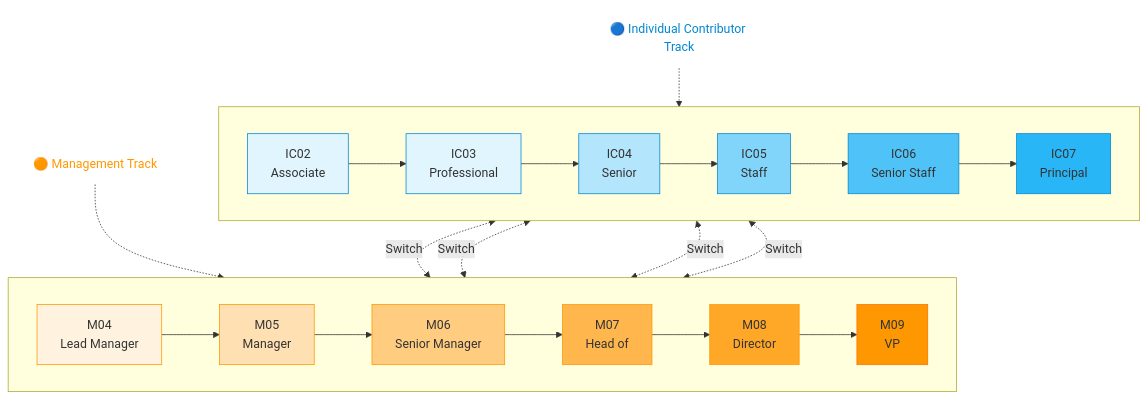
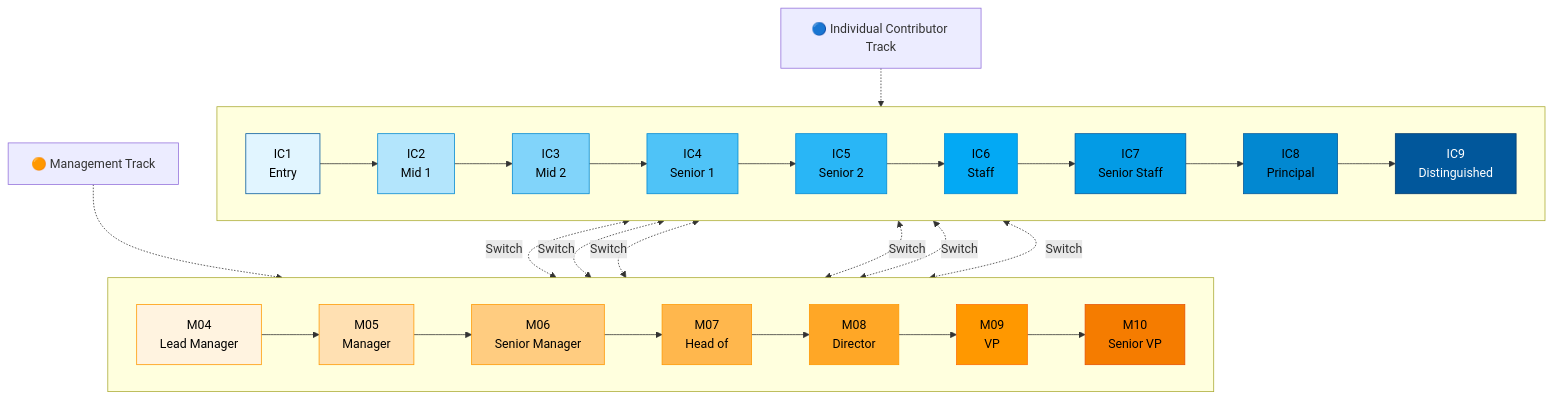
Before and after one commit to ultralytics/handbook: the diagram in docs/en/people/careers/index.md, drawn with Mermaid. The commit also changed other lines of this file and 5 other files, not shown here.

````diff
--- a/docs/en/people/careers/index.md
+++ b/docs/en/people/careers/index.md
@@ -21,46 +21,70 @@
 ```mermaid
-graph TB
+flowchart TB
     IC_TITLE["🔵 Individual Contributor Track"]
     MGMT_TITLE["🟠 Management Track"]
 
     subgraph IC [" "]
         direction LR
-        IC02[IC02<br/>Associate] --> IC03[IC03<br/>Professional]
-        IC03 --> IC04[IC04<br/>Senior]
-        IC04 --> IC05[IC05<br/>Staff]
-        IC05 --> IC06[IC06<br/>Senior Staff]
-        IC06 --> IC07[IC07<br/>Principal]
+        IC1["IC1<br/>Entry"] --> IC2["IC2<br/>Mid 1"]
+        IC2 --> IC3["IC3<br/>Mid 2"]
+        IC3 --> IC4["IC4<br/>Senior 1"]
+        IC4 --> IC5["IC5<br/>Senior 2"]
+        IC5 --> IC6["IC6<br/>Staff"]
+        IC6 --> IC7["IC7<br/>Senior Staff"]
+        IC7 --> IC8["IC8<br/>Principal"]
+        IC8 --> IC9["IC9<br/>Distinguished"]
     end
 
     subgraph MGMT [" "]
         direction LR
-        M04[M04<br/>Lead Manager] --> M05[M05<br/>Manager]
-        M05 --> M06[M06<br/>Senior Manager]
-        M06 --> M07[M07<br/>Head of]
-        M07 --> M08[M08<br/>Director]
-        M08 --> M09[M09<br/>VP]
+        M04["M04<br/>Lead Manager"] --> M05["M05<br/>Manager"]
+        M05 --> M06["M06<br/>Senior Manager"]
+        M06 --> M07["M07<br/>Head of"]
+        M07 --> M08["M08<br/>Director"]
+        M08 --> M09["M09<br/>VP"]
+        M09 --> M10["M10<br/>Senior VP"]
     end
 
     IC_TITLE -.-> IC
     MGMT_TITLE -.-> MGMT
 
-    IC04 <-.->|Switch| M04
-    IC05 <-.->|Switch| M04
-    IC05 <-.->|Switch| M05
-    IC06 <-.->|Switch| M05
+    IC4 <-.->|Switch| M04
+    IC5 <-.->|Switch| M04
+    IC5 <-.->|Switch| M05
+    IC6 <-.->|Switch| M05
+    IC6 <-.->|Switch| M06
+    IC7 <-.->|Switch| M06
 
-    style IC_TITLE fill:none,stroke:none,color:#0288d1
-    style MGMT_TITLE fill:none,stroke:none,color:#ff9800
-    style IC02 fill:#e1f5ff,stroke:#0288d1
-    style IC03 fill:#e1f5ff,stroke:#0288d1
-    style IC04 fill:#b3e5fc,stroke:#0288d1
-    style IC05 fill:#81d4fa,stroke:#0288d1
-    style IC06 fill:#4fc3f7,stroke:#0288d1
-    style IC07 fill:#29b6f6,stroke:#0288d1
-    style M04 fill:#fff3e0,stroke:#ff9800
-    style M05 fill:#ffe0b2,stroke:#ff9800
-    style M06 fill:#ffcc80,stroke:#ff9800
-    style M07 fill:#ffb74d,stroke:#ff9800
-    style M08 fill:#ffa726,stroke:#ff9800
-    style M09 fill:#ff9800,stroke:#ff6f00
+    classDef ic1 fill:#e1f5ff,stroke:#01579b,color:#000;
+    classDef ic2 fill:#b3e5fc,stroke:#0288d1,color:#000;
+    classDef ic3 fill:#81d4fa,stroke:#0288d1,color:#000;
+    classDef ic4 fill:#4fc3f7,stroke:#0288d1,color:#000;
+    classDef ic5 fill:#29b6f6,stroke:#0288d1,color:#000;
+    classDef ic6 fill:#03a9f4,stroke:#0288d1,color:#000;
+    classDef ic7 fill:#039be5,stroke:#01579b,color:#000;
+    classDef ic8 fill:#0288d1,stroke:#01579b,color:#000;
+    classDef ic9 fill:#01579b,stroke:#013b70,color:#fff;
+    classDef m04 fill:#fff3e0,stroke:#ff9800,color:#000;
+    classDef m05 fill:#ffe0b2,stroke:#ff9800,color:#000;
+    classDef m06 fill:#ffcc80,stroke:#ff9800,color:#000;
+    classDef m07 fill:#ffb74d,stroke:#ff9800,color:#000;
+    classDef m08 fill:#ffa726,stroke:#ff9800,color:#000;
+    classDef m09 fill:#ff9800,stroke:#ff6f00,color:#000;
+    classDef m10 fill:#f57c00,stroke:#e65100,color:#000;
+    class IC1 ic1;
+    class IC2 ic2;
+    class IC3 ic3;
+    class IC4 ic4;
+    class IC5 ic5;
+    class IC6 ic6;
+    class IC7 ic7;
+    class IC8 ic8;
+    class IC9 ic9;
+    class M04 m04;
+    class M05 m05;
+    class M06 m06;
+    class M07 m07;
+    class M08 m08;
+    class M09 m09;
+    class M10 m10;
 ```
````
